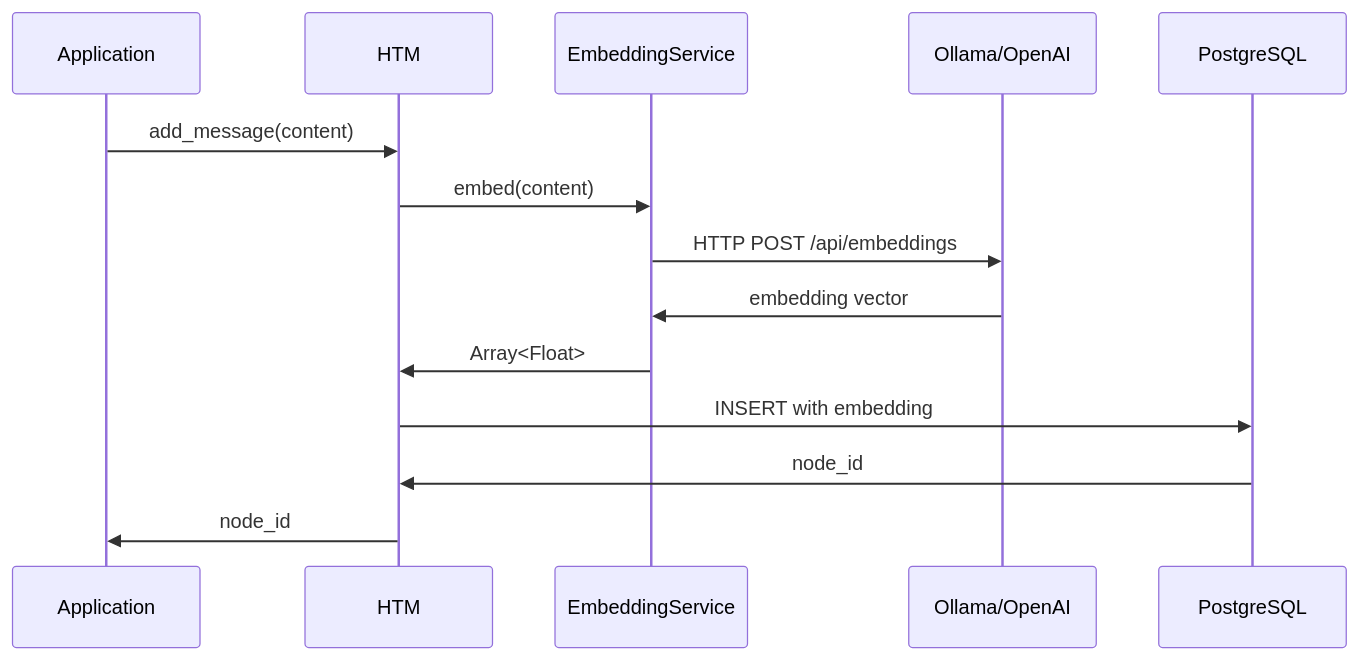
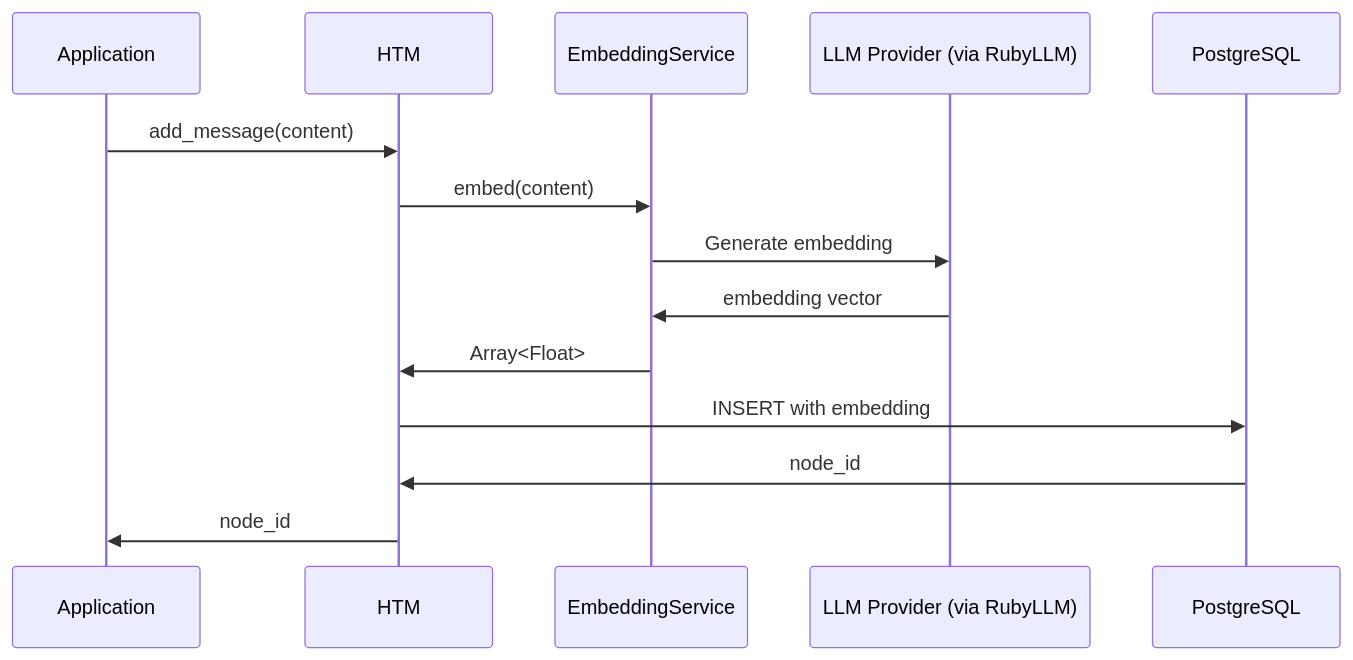
One commit to MadBomber/htm changed the diagram in docs/api/embedding-service.md. Above: the diagram before and after it, drawn with Mermaid. The commit also changed other lines of this file and 21 other files, not shown here.

````diff
--- a/docs/api/embedding-service.md
+++ b/docs/api/embedding-service.md
@@ -424,17 +454,17 @@
 ```mermaid
 sequenceDiagram
     participant App as Application
     participant HTM as HTM
     participant ES as EmbeddingService
-    participant Ollama as Ollama/OpenAI
+    participant LLM as LLM Provider (via RubyLLM)
     participant DB as PostgreSQL
 
     App->>HTM: add_message(content)
     HTM->>ES: embed(content)
-    ES->>Ollama: HTTP POST /api/embeddings
-    Ollama->>ES: embedding vector
+    ES->>LLM: Generate embedding
+    LLM->>ES: embedding vector
     ES->>HTM: Array<Float>
     HTM->>DB: INSERT with embedding
     DB->>HTM: node_id
     HTM->>App: node_id
 ```
````
